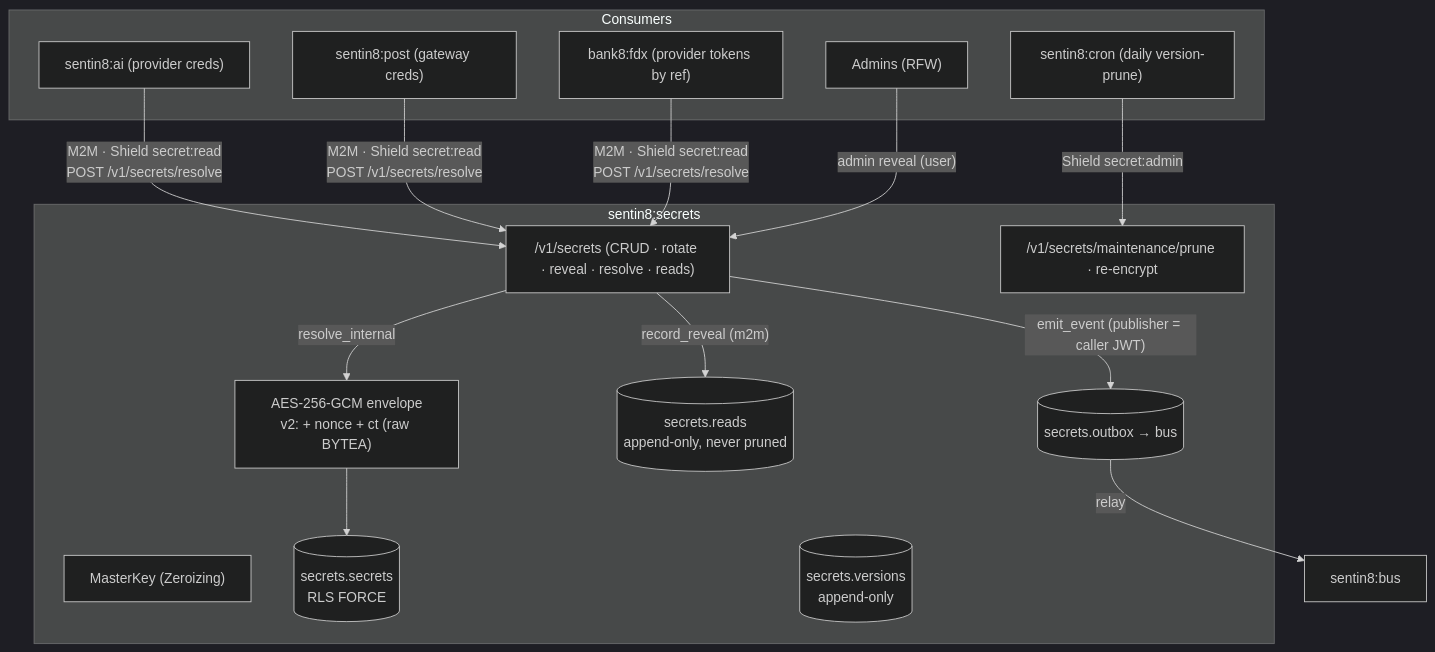
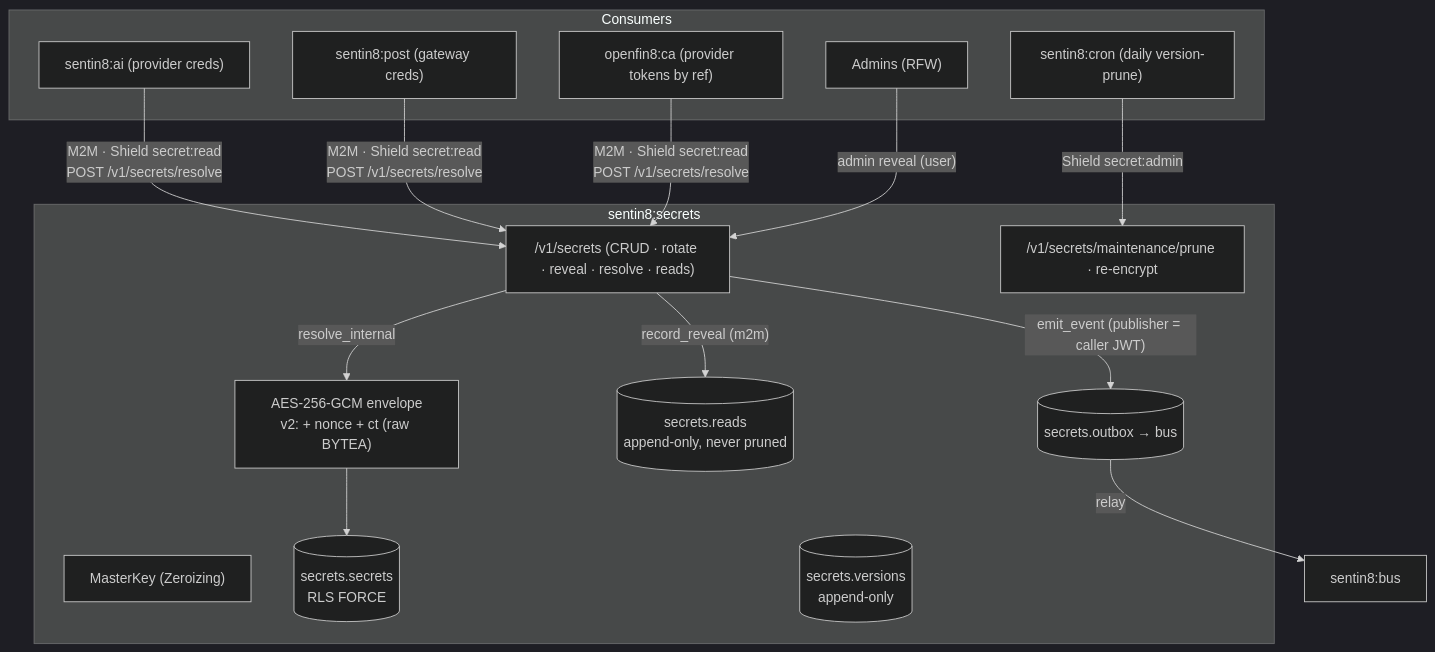
Before and after one commit to Sentin8/sentin8-site: the first of 9 diagrams in docs/services/secrets/design.md, drawn with Mermaid (dark theme). The commit also changed 1 other file, not shown here.

Commit message:
refactor(FDXNAME-1): the open-banking vertical is OpenFin8 - the retired bank8-fdx name purged tree-wide
The runtime already routes ebank consents to openfin8-ca; this change makes
every doc, label, and example agree. The /fdx/v6 protocol paths and fdx-*
industry scope segments keep their names; only the service/vertical identity
changes. This repo: }./harvested secrets docs re-point to openfin8-ca}

````diff
--- a/docs/services/secrets/design.md
+++ b/docs/services/secrets/design.md
@@ -28,27 +28,27 @@
 ```mermaid
 graph TD
     subgraph CALLERS["Consumers"]
         AI["sentin8:ai (provider creds)"]
         POST["sentin8:post (gateway creds)"]
-        FDX["bank8:fdx (provider tokens by ref)"]
+        FDX["openfin8:ca (provider tokens by ref)"]
         CRON["sentin8:cron (daily version-prune)"]
         ADM["Admins (RFW)"]
     end
     subgraph SEC["sentin8:secrets"]
         API["/v1/secrets (CRUD · rotate · reveal · resolve · reads)"]
         MAINT["/v1/secrets/maintenance/prune · re-encrypt"]
         ENC["AES-256-GCM envelope<br/>v2: + nonce + ct (raw BYTEA)"]
         MK["MasterKey (Zeroizing)"]
         S[("secrets.secrets<br/>RLS FORCE")]
         V[("secrets.versions<br/>append-only")]
         RD[("secrets.reads<br/>append-only, never pruned")]
         OB[("secrets.outbox → bus")]
     end
     AI & POST & FDX -- "M2M · Shield secret:read<br/>POST /v1/secrets/resolve" --> API
     API -- "resolve_internal" --> ENC --> S
     API -- "record_reveal (m2m)" --> RD
     ADM -- "admin reveal (user)" --> API
     CRON -- "Shield secret:admin" --> MAINT
     API -- "emit_event (publisher = caller JWT)" --> OB
     OB -- "relay" --> BUS["sentin8:bus"]
 ```
````
